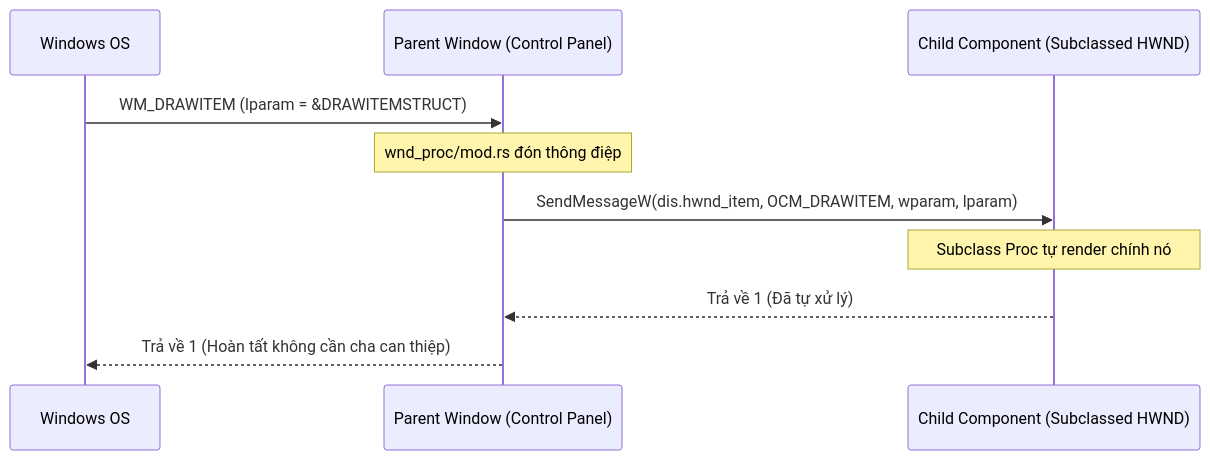
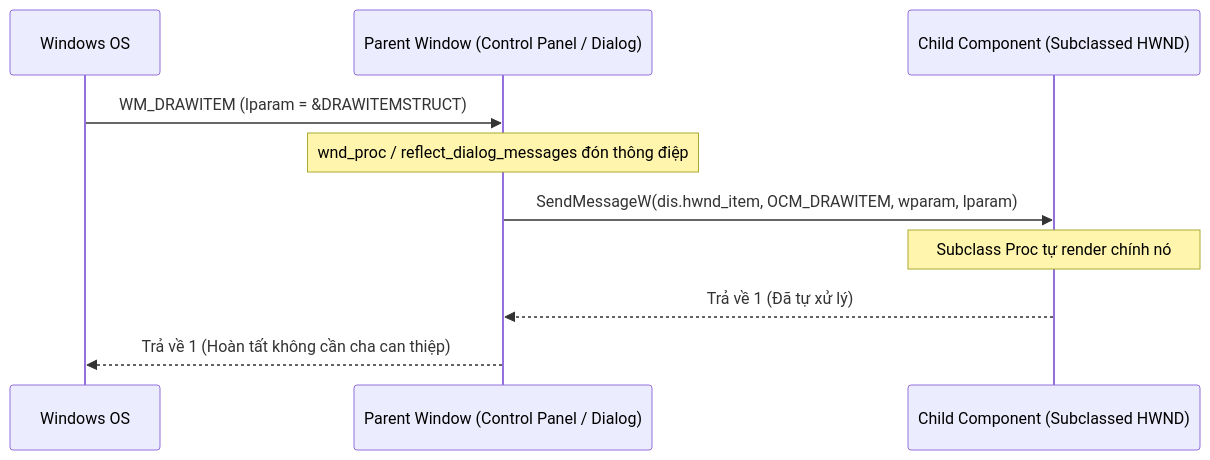
One commit to uongsuadaubung/kora changed the second of 2 diagrams in docs/UI_COMPONENT_ARCHITECTURE.md. Above: the diagram before and after it, drawn with Mermaid. The commit also changed other lines of this file and 78 other files, not shown here.

````diff
--- a/docs/UI_COMPONENT_ARCHITECTURE.md
+++ b/docs/UI_COMPONENT_ARCHITECTURE.md
@@ -100,13 +115,13 @@
 ```mermaid
 sequenceDiagram
     participant Win32 as Windows OS
-    participant Parent as Parent Window (Control Panel)
+    participant Parent as Parent Window (Control Panel / Dialog)
     participant Child as Child Component (Subclassed HWND)
 
     Win32->>Parent: WM_DRAWITEM (lparam = &DRAWITEMSTRUCT)
-    Note over Parent: wnd_proc/mod.rs đón thông điệp
+    Note over Parent: wnd_proc / reflect_dialog_messages đón thông điệp
     Parent->>Child: SendMessageW(dis.hwnd_item, OCM_DRAWITEM, wparam, lparam)
     Note over Child: Subclass Proc tự render chính nó
     Child-->>Parent: Trả về 1 (Đã tự xử lý)
     Parent-->>Win32: Trả về 1 (Hoàn tất không cần cha can thiệp)
 ```
````
